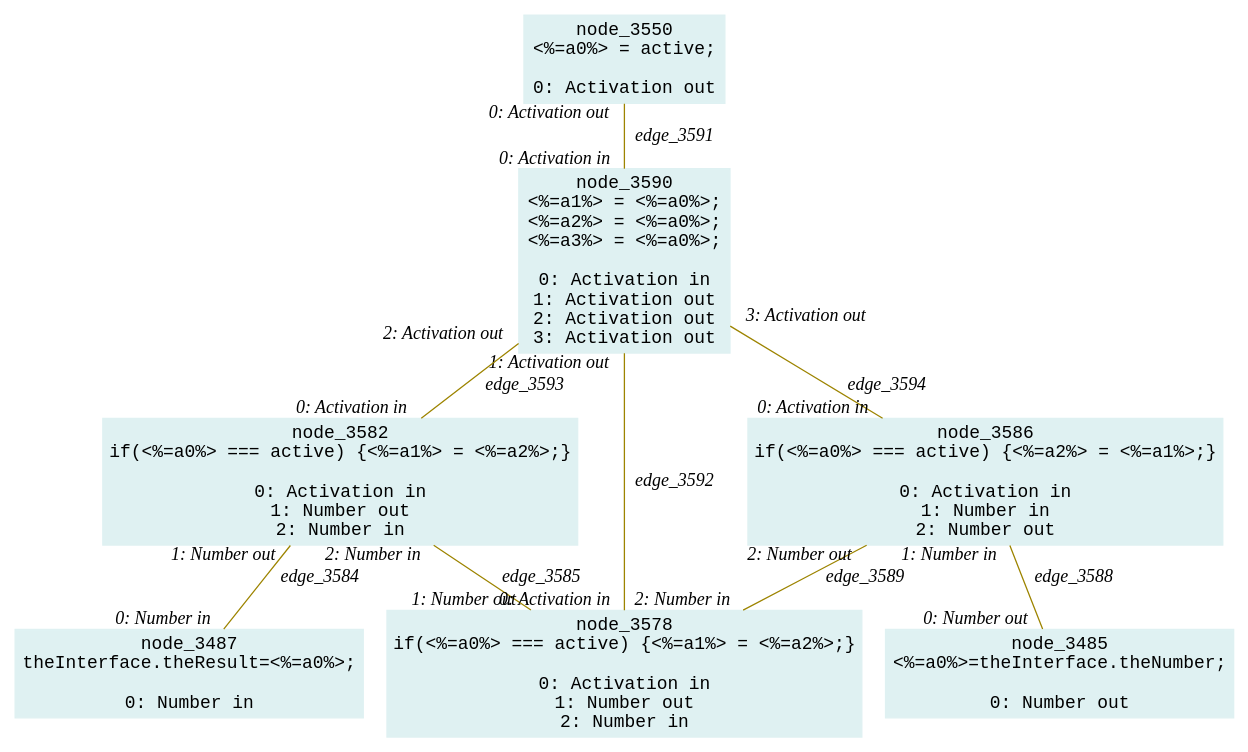
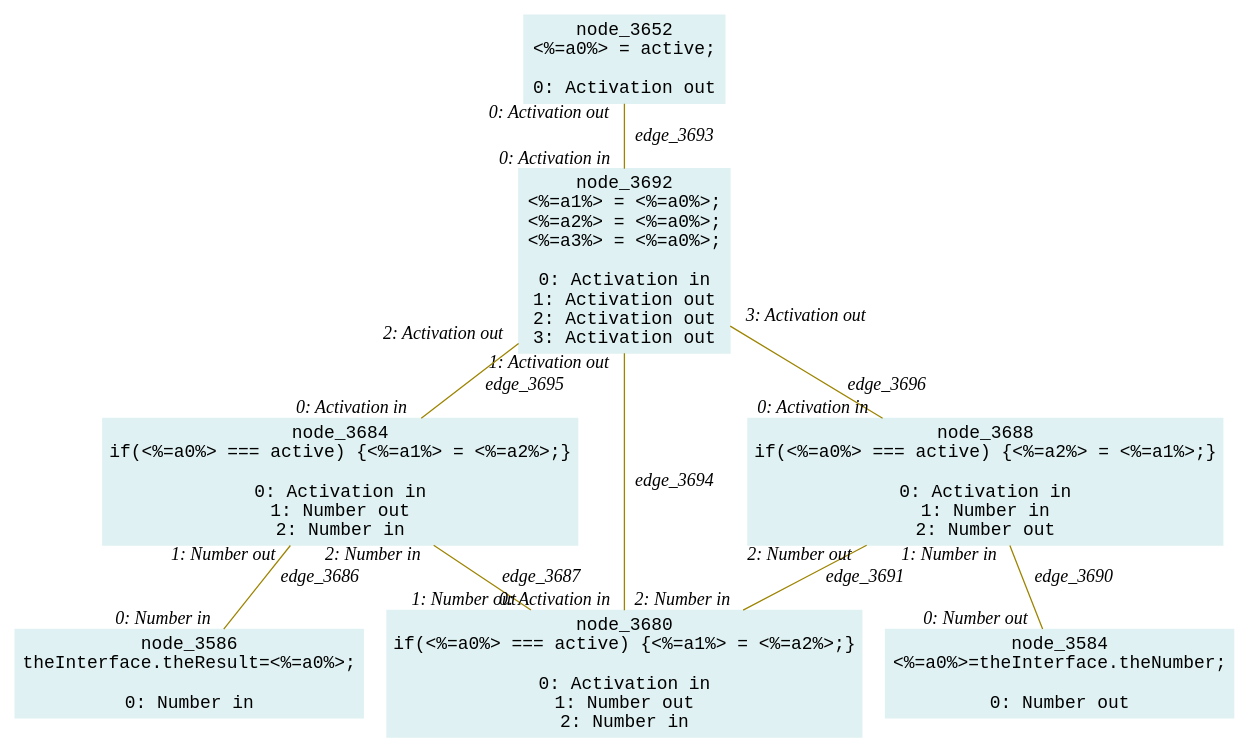
One commit to crubier/lidl changed the diagram in lidl-core/example/ok/dereferencing/dot/46resolveMultiplePorts1.dot. Above: the diagram before and after it, drawn with Graphviz. The commit also changed 983 other files, not shown here.

```diff
--- a/lidl-core/example/ok/dereferencing/dot/46resolveMultiplePorts1.dot
+++ b/lidl-core/example/ok/dereferencing/dot/46resolveMultiplePorts1.dot
@@ -1,48 +1,48 @@
-digraph g{node_3485 [shape="box", style="filled", color="#dff1f2", fontname="Courier", label="node_3485
+digraph g{node_3584 [shape="box", style="filled", color="#dff1f2", fontname="Courier", label="node_3584
 <%=a0%>=theInterface.theNumber;
 
 0: Number out" ]
-node_3487 [shape="box", style="filled", color="#dff1f2", fontname="Courier", label="node_3487
+node_3586 [shape="box", style="filled", color="#dff1f2", fontname="Courier", label="node_3586
 theInterface.theResult=<%=a0%>;
 
 0: Number in" ]
-node_3550 [shape="box", style="filled", color="#dff1f2", fontname="Courier", label="node_3550
+node_3652 [shape="box", style="filled", color="#dff1f2", fontname="Courier", label="node_3652
 <%=a0%> = active;
 
 0: Activation out" ]
-node_3578 [shape="box", style="filled", color="#dff1f2", fontname="Courier", label="node_3578
+node_3680 [shape="box", style="filled", color="#dff1f2", fontname="Courier", label="node_3680
 if(<%=a0%> === active) {<%=a1%> = <%=a2%>;}
 
 0: Activation in
 1: Number out
 2: Number in" ]
-node_3582 [shape="box", style="filled", color="#dff1f2", fontname="Courier", label="node_3582
+node_3684 [shape="box", style="filled", color="#dff1f2", fontname="Courier", label="node_3684
 if(<%=a0%> === active) {<%=a1%> = <%=a2%>;}
 
 0: Activation in
 1: Number out
 2: Number in" ]
-node_3586 [shape="box", style="filled", color="#dff1f2", fontname="Courier", label="node_3586
+node_3688 [shape="box", style="filled", color="#dff1f2", fontname="Courier", label="node_3688
 if(<%=a0%> === active) {<%=a2%> = <%=a1%>;}
 
 0: Activation in
 1: Number in
 2: Number out" ]
-node_3590 [shape="box", style="filled", color="#dff1f2", fontname="Courier", label="node_3590
+node_3692 [shape="box", style="filled", color="#dff1f2", fontname="Courier", label="node_3692
 <%=a1%> = <%=a0%>;
 <%=a2%> = <%=a0%>;
 <%=a3%> = <%=a0%>;
 
 0: Activation in
 1: Activation out
 2: Activation out
 3: Activation out" ]
-node_3582 -> node_3487 [dir=none, arrowHead=none, fontname="Times-Italic", arrowsize=1, color="#9d8400", label="edge_3584",  headlabel="0: Number in", taillabel="1: Number out" ]
-node_3582 -> node_3578 [dir=none, arrowHead=none, fontname="Times-Italic", arrowsize=1, color="#9d8400", label="edge_3585",  headlabel="1: Number out", taillabel="2: Number in" ]
-node_3586 -> node_3485 [dir=none, arrowHead=none, fontname="Times-Italic", arrowsize=1, color="#9d8400", label="edge_3588",  headlabel="0: Number out", taillabel="1: Number in" ]
-node_3586 -> node_3578 [dir=none, arrowHead=none, fontname="Times-Italic", arrowsize=1, color="#9d8400", label="edge_3589",  headlabel="2: Number in", taillabel="2: Number out" ]
-node_3550 -> node_3590 [dir=none, arrowHead=none, fontname="Times-Italic", arrowsize=1, color="#9d8400", label="edge_3591",  headlabel="0: Activation in", taillabel="0: Activation out" ]
-node_3590 -> node_3578 [dir=none, arrowHead=none, fontname="Times-Italic", arrowsize=1, color="#9d8400", label="edge_3592",  headlabel="0: Activation in", taillabel="1: Activation out" ]
-node_3590 -> node_3582 [dir=none, arrowHead=none, fontname="Times-Italic", arrowsize=1, color="#9d8400", label="edge_3593",  headlabel="0: Activation in", taillabel="2: Activation out" ]
-node_3590 -> node_3586 [dir=none, arrowHead=none, fontname="Times-Italic", arrowsize=1, color="#9d8400", label="edge_3594",  headlabel="0: Activation in", taillabel="3: Activation out" ]
+node_3684 -> node_3586 [dir=none, arrowHead=none, fontname="Times-Italic", arrowsize=1, color="#9d8400", label="edge_3686",  headlabel="0: Number in", taillabel="1: Number out" ]
+node_3684 -> node_3680 [dir=none, arrowHead=none, fontname="Times-Italic", arrowsize=1, color="#9d8400", label="edge_3687",  headlabel="1: Number out", taillabel="2: Number in" ]
+node_3688 -> node_3584 [dir=none, arrowHead=none, fontname="Times-Italic", arrowsize=1, color="#9d8400", label="edge_3690",  headlabel="0: Number out", taillabel="1: Number in" ]
+node_3688 -> node_3680 [dir=none, arrowHead=none, fontname="Times-Italic", arrowsize=1, color="#9d8400", label="edge_3691",  headlabel="2: Number in", taillabel="2: Number out" ]
+node_3652 -> node_3692 [dir=none, arrowHead=none, fontname="Times-Italic", arrowsize=1, color="#9d8400", label="edge_3693",  headlabel="0: Activation in", taillabel="0: Activation out" ]
+node_3692 -> node_3680 [dir=none, arrowHead=none, fontname="Times-Italic", arrowsize=1, color="#9d8400", label="edge_3694",  headlabel="0: Activation in", taillabel="1: Activation out" ]
+node_3692 -> node_3684 [dir=none, arrowHead=none, fontname="Times-Italic", arrowsize=1, color="#9d8400", label="edge_3695",  headlabel="0: Activation in", taillabel="2: Activation out" ]
+node_3692 -> node_3688 [dir=none, arrowHead=none, fontname="Times-Italic", arrowsize=1, color="#9d8400", label="edge_3696",  headlabel="0: Activation in", taillabel="3: Activation out" ]
 }
```
